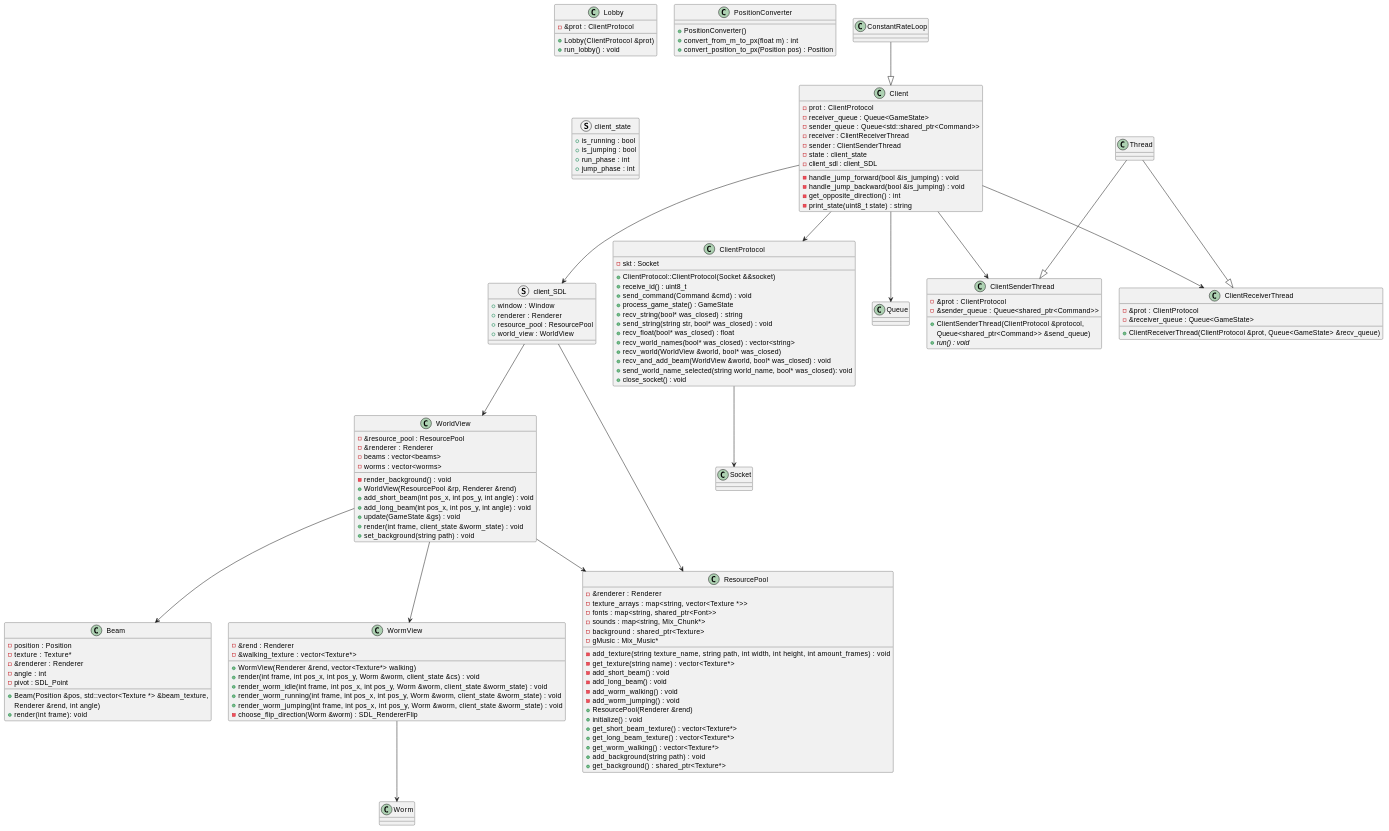
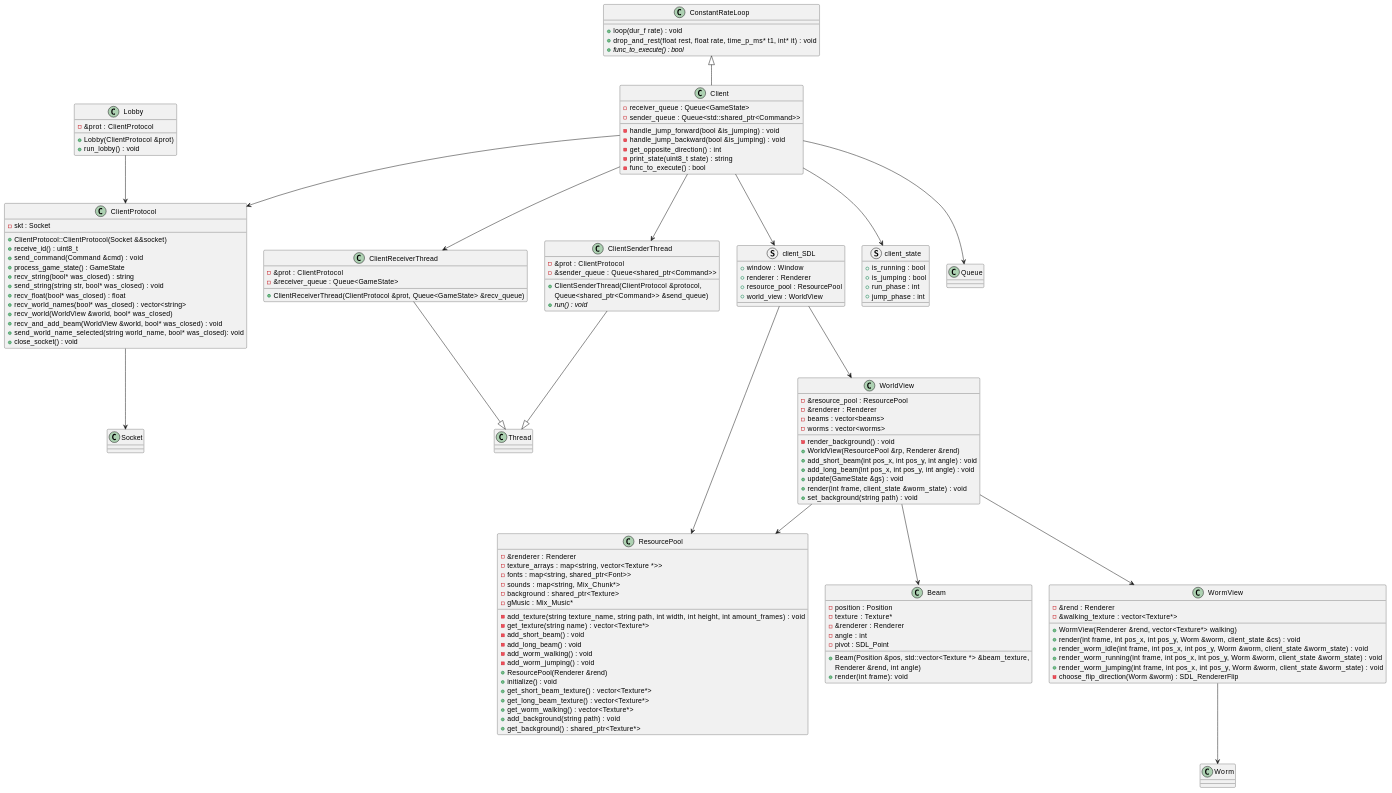
The diagram in docs/general_class_diagram.md (ValenGonzalez03/Wormss), drawn with PlantUML before and after one commit. The commit also changed 4 other files, not shown here.

````diff
--- a/docs/general_class_diagram.md
+++ b/docs/general_class_diagram.md
@@ -22,31 +22,32 @@
 }
 
 class Client {
-  - prot : ClientProtocol
   - receiver_queue : Queue<GameState>
   - sender_queue : Queue<std::shared_ptr<Command>>
-  - receiver : ClientReceiverThread
-  - sender : ClientSenderThread
-  - state : client_state
-  - client_sdl : client_SDL
   - handle_jump_forward(bool &is_jumping) : void
   - handle_jump_backward(bool &is_jumping) : void
   - get_opposite_direction() : int
   - print_state(uint8_t state) : string 
+  - func_to_execute() : bool
+}
+
+class ConstantRateLoop {
+  + loop(dur_f rate) : void
+  + drop_and_rest(float rest, float rate, time_p_ms* t1, int* it) : void
+  {abstract} + func_to_execute() : bool
 }
 
 class Lobby {
   - &prot : ClientProtocol
   + Lobby(ClientProtocol &prot)
   + run_lobby() : void
-
 }
 
-class PositionConverter {
-  + PositionConverter()
-  + convert_from_m_to_px(float m) : int
-  + convert_position_to_px(Position pos) : Position
-}
+'class PositionConverter {
+'  + PositionConverter()
+'  + convert_from_m_to_px(float m) : int
+'  + convert_position_to_px(Position pos) : 'Position
+'}
 
 class ClientProtocol {
   - skt : Socket
@@ -145,10 +146,10 @@
 
 class Worm {}
 
-ConstantRateLoop --|> Client
+ConstantRateLoop <|-- Client
 
-Thread --|> ClientReceiverThread
-Thread --|> ClientSenderThread
+ClientReceiverThread --|> Thread
+ClientSenderThread --|> Thread
 
 ClientProtocol --> Socket
 client_SDL --> WorldView
@@ -160,11 +161,14 @@
 
 WormView --> Worm
 
+Lobby --> ClientProtocol
+
 Client --> ClientReceiverThread
 Client --> ClientSenderThread
 Client --> Queue
 Client --> client_SDL
 Client --> ClientProtocol
+Client --> client_state
 
 @enduml
 ```
````
